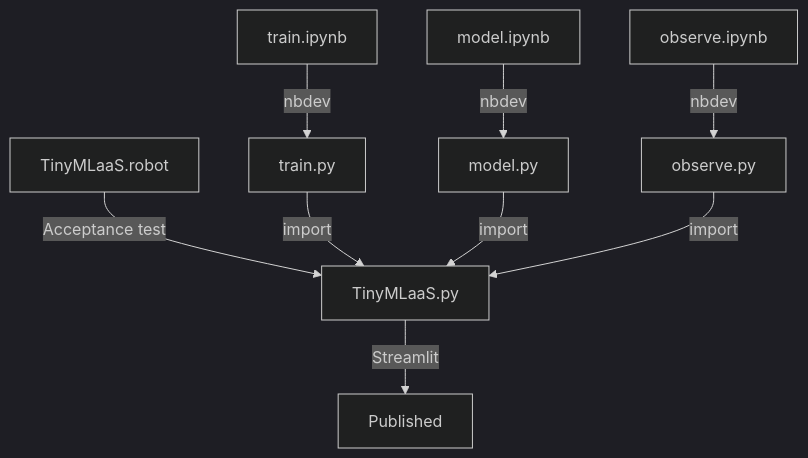
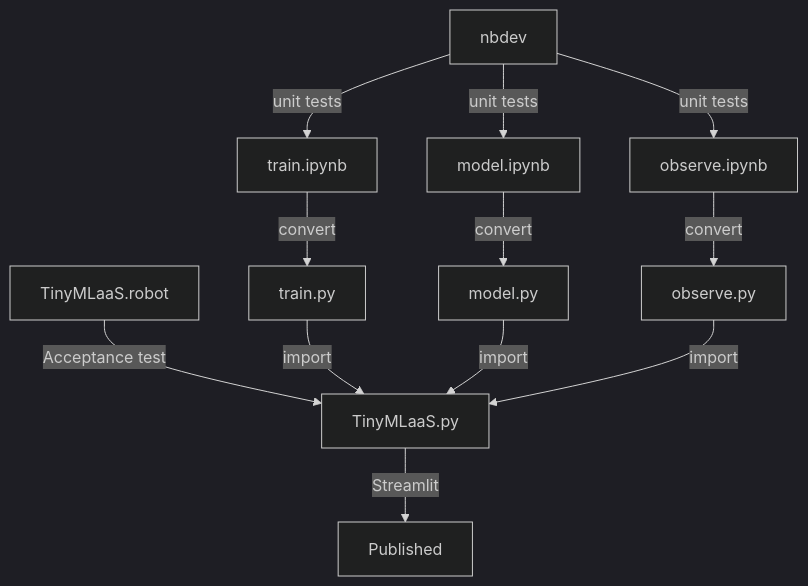
Before and after one commit to Origami-Cloudless-AI/TinyMLaaS-2023-winter: the diagram in README.md, drawn with Mermaid (dark theme).

````diff
--- a/README.md
+++ b/README.md
@@ -28,11 +28,14 @@
 ```mermaid
   graph TD;
-      a[train.ipynb]--nbdev-->ap[train.py];
-      b[model.ipynb]--nbdev-->bp[model.py];
-      c[observe.ipynb]--nbdev-->cp[observe.py];
+      n[nbdev] --unit tests--> a;
+      n[nbdev] --unit tests--> b;
+      n[nbdev] --unit tests--> c;
+      a[train.ipynb]--convert-->ap[train.py];
+      b[model.ipynb]--convert-->bp[model.py];
+      c[observe.ipynb]--convert-->cp[observe.py];
       Tr[TinyMLaaS.robot]--Acceptance test-->Tp[TinyMLaaS.py];
       ap --import--> Tp;
       bp --import--> Tp;
       cp --import--> Tp;
       Tp --Streamlit--> Published
 ```
````
